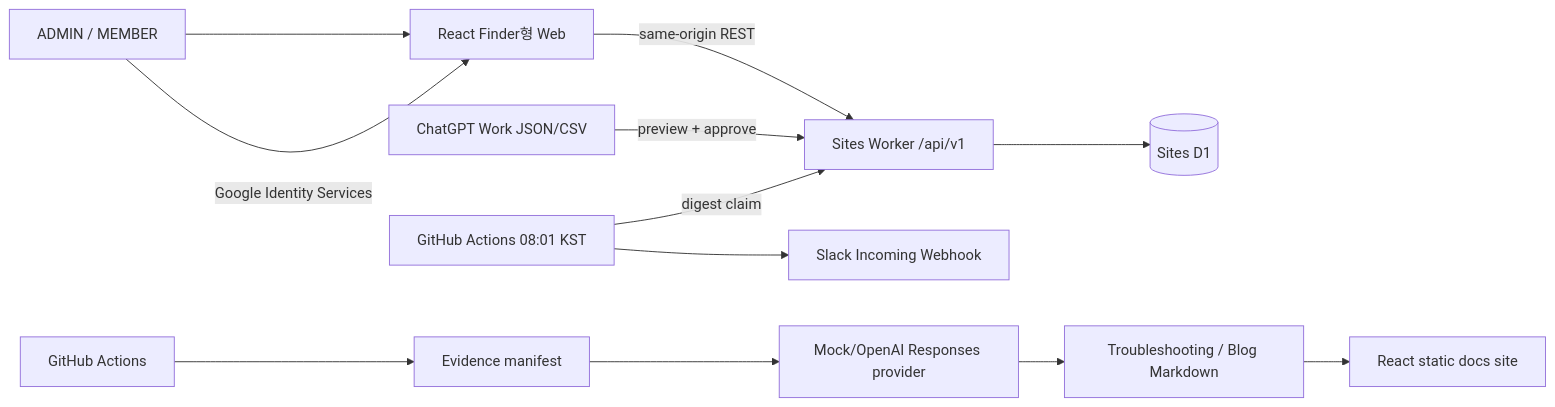
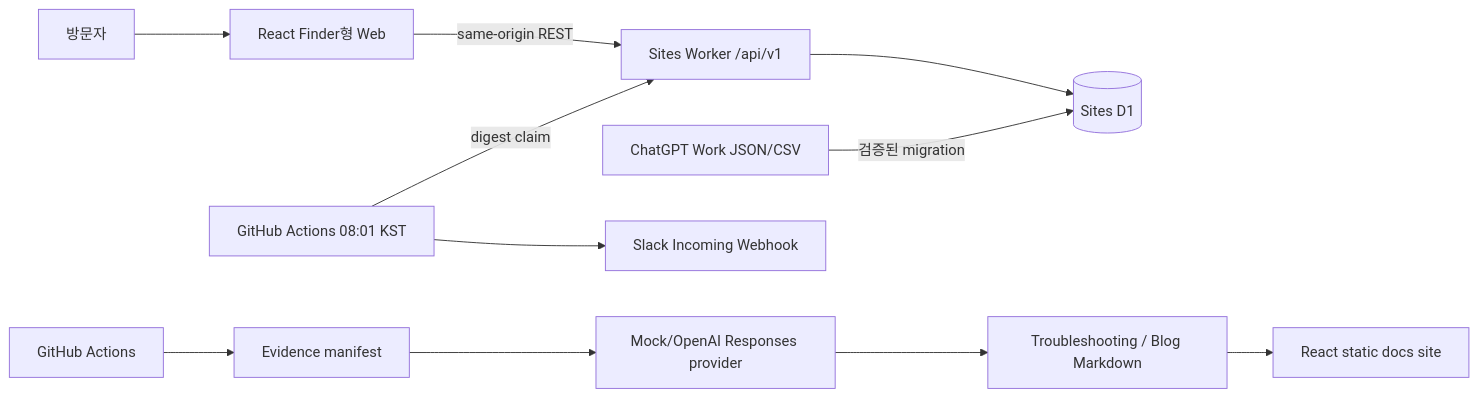
Before and after one commit to edder773/careerground: the first of 2 diagrams in docs/architecture/system-overview.md, drawn with Mermaid. The commit also changed other lines of this file and 55 other files, not shown here.

````diff
--- a/docs/architecture/system-overview.md
+++ b/docs/architecture/system-overview.md
@@ -5,14 +5,13 @@
 ```mermaid
 flowchart LR
-  U["ADMIN / MEMBER"] --> W["React Finder형 Web"]
-  U -->|"Google Identity Services"| W
+  U["방문자"] --> W["React Finder형 Web"]
   W -->|"same-origin REST"| SW["Sites Worker /api/v1"]
   SW --> D1[("Sites D1")]
-  C["ChatGPT Work JSON/CSV"] -->|"preview + approve"| SW
+  C["ChatGPT Work JSON/CSV"] -->|"검증된 migration"| D1
   GA["GitHub Actions 08:01 KST"] -->|"digest claim"| SW
   GA --> SL["Slack Incoming Webhook"]
   G["GitHub Actions"] --> E["Evidence manifest"]
   E --> R["Mock/OpenAI Responses provider"]
   R --> D["Troubleshooting / Blog Markdown"]
   D --> DS["React static docs site"]
 ```
````
